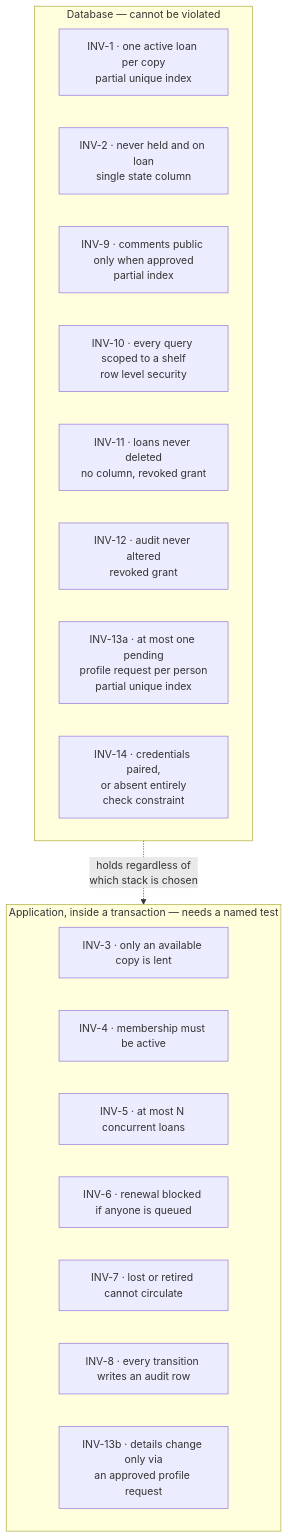
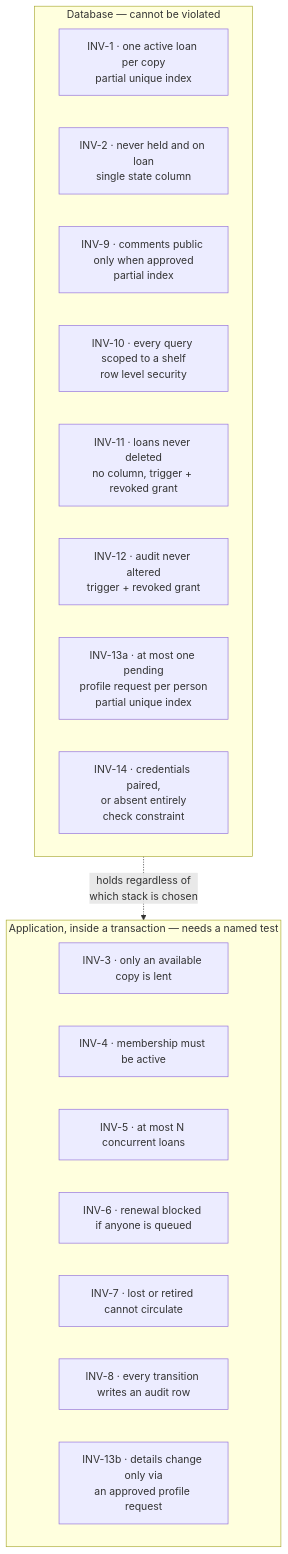
Before and after one commit to kienmatu/OLibra: the second of 2 diagrams in docs/DATABASE.md, drawn with Mermaid. The commit also changed other lines of this file, not shown here.

First line of the commit message:
docs: fix RLS empty-string cast, view security_invoker, and INV-11/12 enforcement

````diff
--- a/docs/DATABASE.md
+++ b/docs/DATABASE.md
@@ -151,23 +151,23 @@
 ```mermaid
 flowchart TB
     subgraph DB["Database — cannot be violated"]
         I1["INV-1 · one active loan per copy<br/>partial unique index"]
         I2["INV-2 · never held and on loan<br/>single state column"]
         I9["INV-9 · comments public only when approved<br/>partial index"]
         I10["INV-10 · every query scoped to a shelf<br/>row level security"]
-        I11["INV-11 · loans never deleted<br/>no column, revoked grant"]
-        I12["INV-12 · audit never altered<br/>revoked grant"]
+        I11["INV-11 · loans never deleted<br/>no column, trigger + revoked grant"]
+        I12["INV-12 · audit never altered<br/>trigger + revoked grant"]
         I13a["INV-13a · at most one pending<br/>profile request per person<br/>partial unique index"]
         I14["INV-14 · credentials paired,<br/>or absent entirely<br/>check constraint"]
     end
     subgraph APP["Application, inside a transaction — needs a named test"]
         I3["INV-3 · only an available copy is lent"]
         I4["INV-4 · membership must be active"]
         I5["INV-5 · at most N concurrent loans"]
         I6["INV-6 · renewal blocked if anyone is queued"]
         I7["INV-7 · lost or retired cannot circulate"]
         I8["INV-8 · every transition writes an audit row"]
         I13b["INV-13b · details change only via<br/>an approved profile request"]
     end
     DB -.->|"holds regardless of<br/>which stack is chosen"| APP
 ```
````
